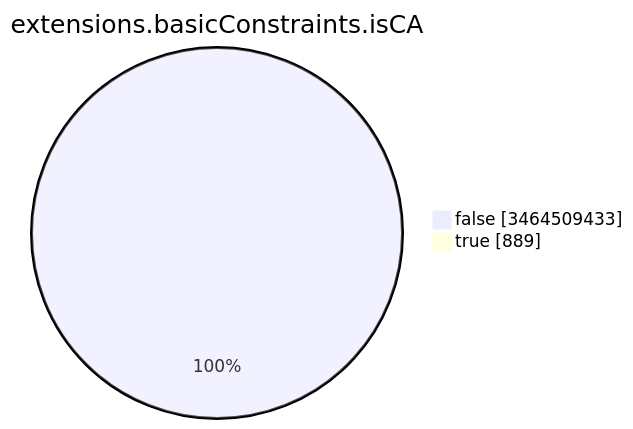
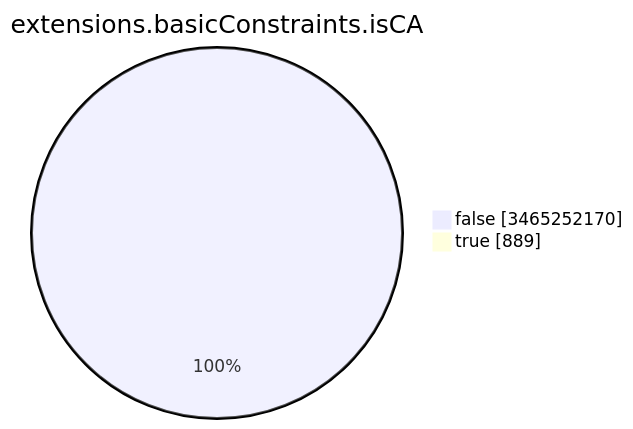
Before and after one commit to christiankrug/ctmonitor_visualization: the seventh of 15 diagrams in TOTAL/README.md, drawn with Mermaid. The commit also changed other lines of this file, not shown here.

````diff
--- a/TOTAL/README.md
+++ b/TOTAL/README.md
@@ -3093,6 +3093,6 @@
 ```mermaid
 pie showData
 title extensions.basicConstraints.isCA
-"false" :3464509433
+"false" :3465252170
 "true" :889
 ```
````
